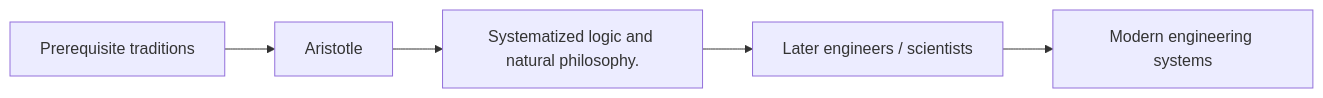
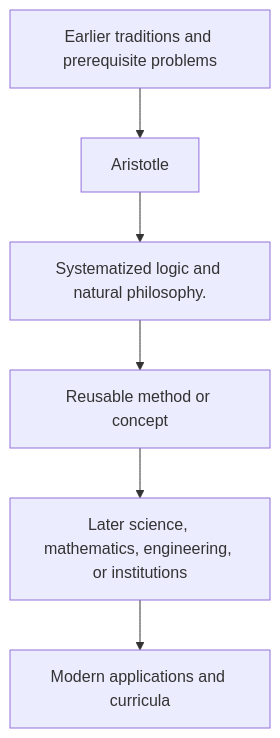
One commit to via-decide/ViaLogic changed the diagram in docs/history/aristotle/influence.md. Above: the diagram before and after it, drawn with Mermaid. The commit also changed other lines of this file and 858 other files, not shown here.

````diff
--- a/docs/history/aristotle/influence.md
+++ b/docs/history/aristotle/influence.md
@@ -29,7 +16,8 @@
 ```mermaid
-graph LR
-  prerequisites["Prerequisite traditions"] --> current["Aristotle"]
-  current --> contribution["Systematized logic and natural philosophy."]
-  contribution --> successors["Later engineers / scientists"]
-  successors --> modern["Modern engineering systems"]
+graph TD
+  Prior[Earlier traditions and prerequisite problems] --> Person[Aristotle]
+  Person --> Contribution[Systematized logic and natural philosophy.]
+  Contribution --> Method[Reusable method or concept]
+  Method --> Later[Later science, mathematics, engineering, or institutions]
+  Later --> Modern[Modern applications and curricula]
 ```
````
